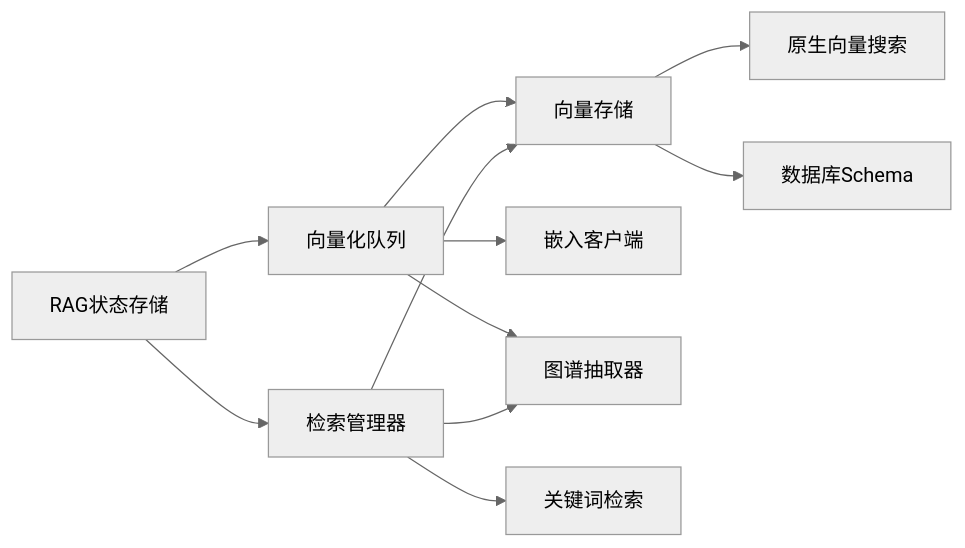
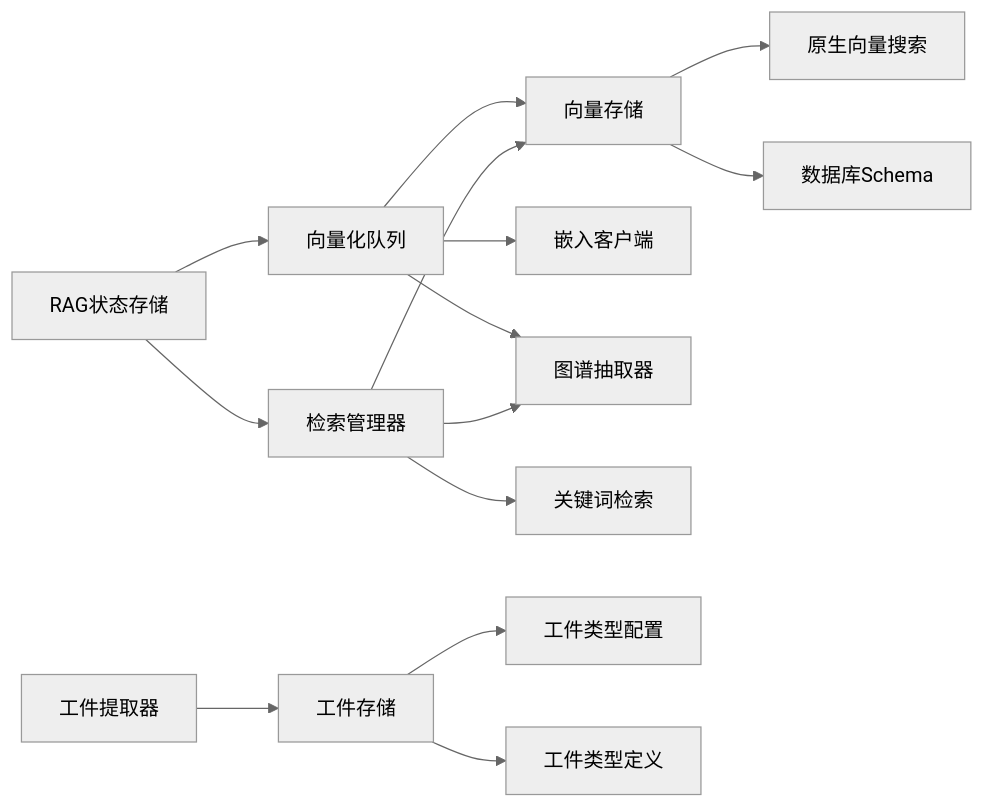
Before and after one commit to NarcisWL/Nexara: diagram 12 of 12 in .qoder/repowiki/zh/content/RAG知识引擎/RAG知识引擎.md, drawn with Mermaid (neutral theme). The commit also changed other lines of this file and 43 other files, not shown here.

Commit message:
feat(rag): implement KG JIT Micro-Graph pipeline and consolidate documentation

````diff
--- a/.qoder/repowiki/zh/content/RAG知识引擎/RAG知识引擎.md
+++ b/.qoder/repowiki/zh/content/RAG知识引擎/RAG知识引擎.md
@@ -363,13 +575,16 @@
 ```mermaid
 graph LR
 VQ["向量化队列"] --> VS["向量存储"]
 VQ --> EC["嵌入客户端"]
 VQ --> GE["图谱抽取器"]
 MM["检索管理器"] --> VS
 MM --> KS["关键词检索"]
 MM --> GE
 VS --> NS["原生向量搜索"]
 VS --> SC["数据库Schema"]
 RS["RAG状态存储"] --> VQ
 RS --> MM
+AS["工件存储"] --> AC["工件类型配置"]
+AS --> AT["工件类型定义"]
+AE["工件提取器"] --> AS
 ```
````
